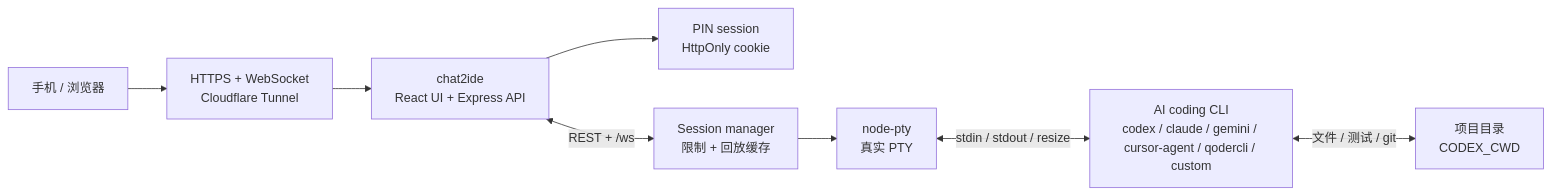
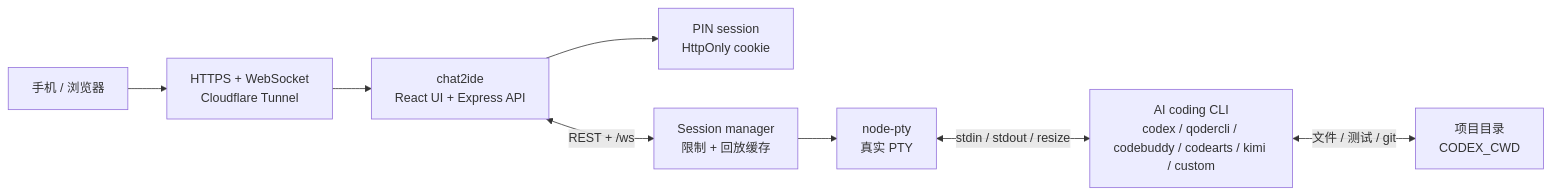
One commit to oceanusXXD/chat2ide changed the first of 2 diagrams in README.zh-CN.md. Above: the diagram before and after it, drawn with Mermaid. The commit also changed other lines of this file and 2 other files, not shown here.

Commit message:
Document China AI coding platform support

````diff
--- a/README.zh-CN.md
+++ b/README.zh-CN.md
@@ -293,10 +338,10 @@
 ```mermaid
 flowchart LR
   Browser["手机 / 浏览器"] --> Tunnel["HTTPS + WebSocket<br/>Cloudflare Tunnel"]
   Tunnel --> App["chat2ide<br/>React UI + Express API"]
   App --> Auth["PIN session<br/>HttpOnly cookie"]
   App <-->|REST + /ws| Manager["Session manager<br/>限制 + 回放缓存"]
   Manager --> PTY["node-pty<br/>真实 PTY"]
-  PTY <-->|stdin / stdout / resize| CLI["AI coding CLI<br/>codex / claude / gemini / cursor-agent / qodercli / custom"]
+  PTY <-->|stdin / stdout / resize| CLI["AI coding CLI<br/>codex / qodercli / codebuddy / codearts / kimi / custom"]
   CLI <-->|文件 / 测试 / git| Repo["项目目录<br/>CODEX_CWD"]
 ```
````
